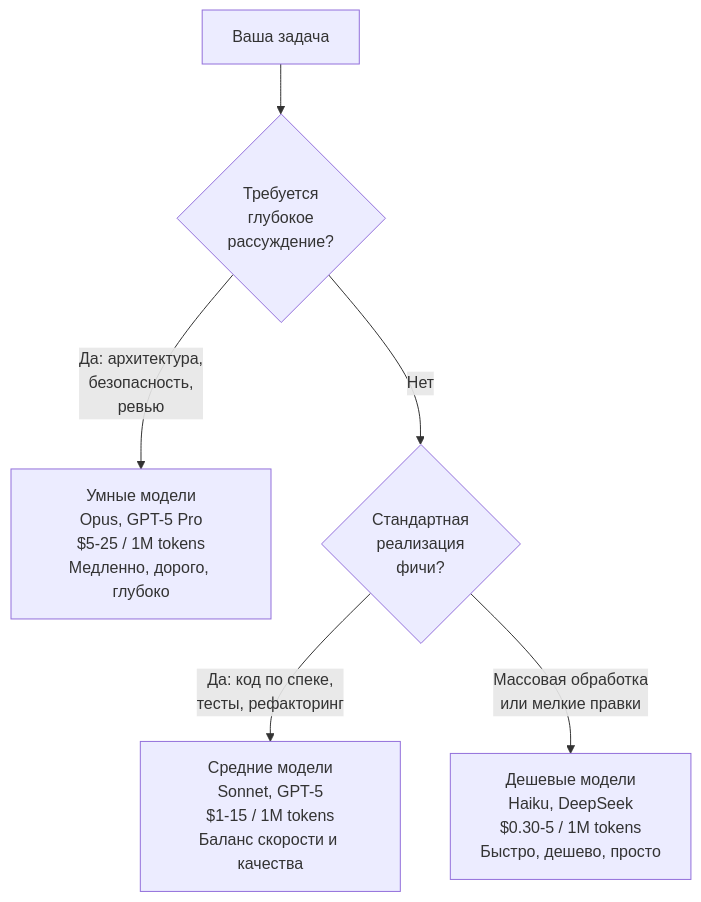
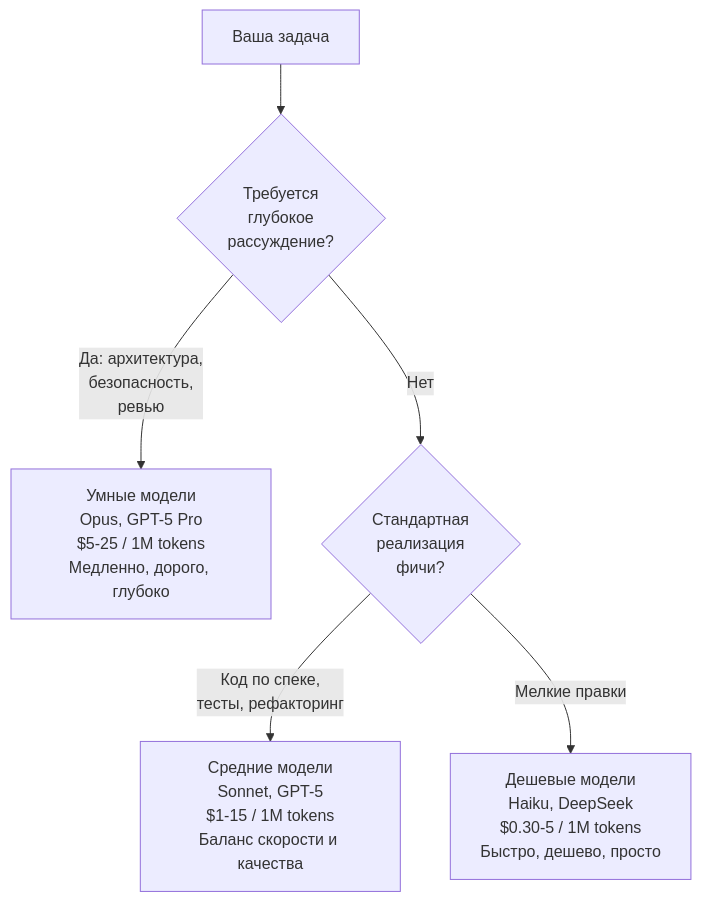
Before and after one commit to maddevsio/ai-adoption-course: the diagram in course/module-2-tools/diagrams/model-categories.md, drawn with Mermaid. The commit also changed 14 other files, not shown here.

````diff
--- a/course/module-2-tools/diagrams/model-categories.md
+++ b/course/module-2-tools/diagrams/model-categories.md
@@ -5,12 +5,12 @@
 ```mermaid
 flowchart TD
     Task["Ваша задача"]
 
     Task --> Q1{"Требуется\nглубокое\nрассуждение?"}
     Q1 -->|"Да: архитектура,\nбезопасность,\nревью"| Smart["Умные модели\nOpus, GPT-5 Pro\n$5-25 / 1M tokens\nМедленно, дорого, глубоко"]
 
     Q1 -->|"Нет"| Q2{"Стандартная\nреализация\nфичи?"}
-    Q2 -->|"Да: код по спеке,\nтесты, рефакторинг"| Medium["Средние модели\nSonnet, GPT-5\n$1-15 / 1M tokens\nБаланс скорости и качества"]
+    Q2 -->|"Код по спеке,\nтесты, рефакторинг"| Medium["Средние модели\nSonnet, GPT-5\n$1-15 / 1M tokens\nБаланс скорости и качества"]
 
-    Q2 -->|"Массовая обработка\nили мелкие правки"| Cheap["Дешевые модели\nHaiku, DeepSeek\n$0.30-5 / 1M tokens\nБыстро, дешево, просто"]
+    Q2 -->|"Мелкие правки"| Cheap["Дешевые модели\nHaiku, DeepSeek\n$0.30-5 / 1M tokens\nБыстро, дешево, просто"]
 ```
````
